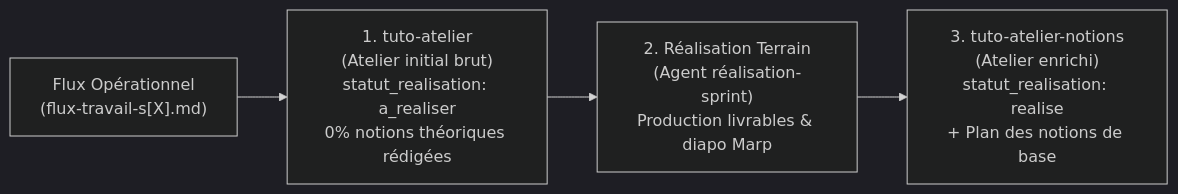
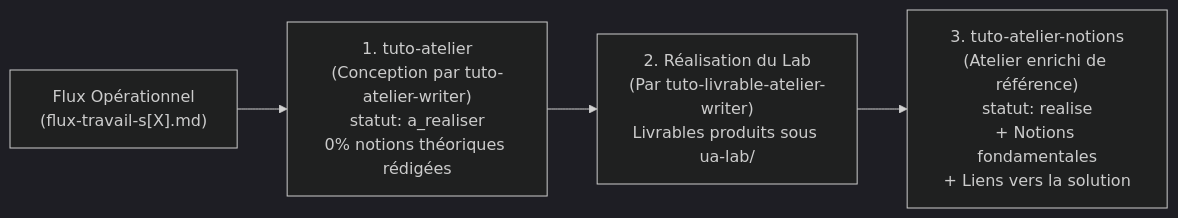
Before and after one commit to solicode-web-mobile/autoformations-professionaliser: the second of 2 diagrams in .agents/references/maturation-et-typologie-ua-tuto.md, drawn with Mermaid (dark theme). The commit also changed other lines of this file and 42 other files, not shown here.

````diff
--- a/.agents/references/maturation-et-typologie-ua-tuto.md
+++ b/.agents/references/maturation-et-typologie-ua-tuto.md
@@ -46,6 +46,6 @@
 ```mermaid
 flowchart LR
-    A["Flux Opérationnel<br/>(flux-travail-s[X].md)"] --> B["1. tuto-atelier<br/>(Atelier initial brut)<br/>statut_realisation: a_realiser<br/>0% notions théoriques rédigées"]
-    B --> C["2. Réalisation Terrain<br/>(Agent réalisation-sprint)<br/>Production livrables & diapo Marp"]
-    C --> D["3. tuto-atelier-notions<br/>(Atelier enrichi)<br/>statut_realisation: realise<br/>+ Plan des notions de base"]
+    A["Flux Opérationnel<br/>(flux-travail-s[X].md)"] --> B["1. tuto-atelier<br/>(Conception par tuto-atelier-writer)<br/>statut: a_realiser<br/>0% notions théoriques rédigées"]
+    B --> C["2. Réalisation du Lab<br/>(Par tuto-livrable-atelier-writer)<br/>Livrables produits sous ua-lab/"]
+    C --> D["3. tuto-atelier-notions<br/>(Atelier enrichi de référence)<br/>statut: realise<br/>+ Notions fondamentales<br/>+ Liens vers la solution"]
 ```
````
